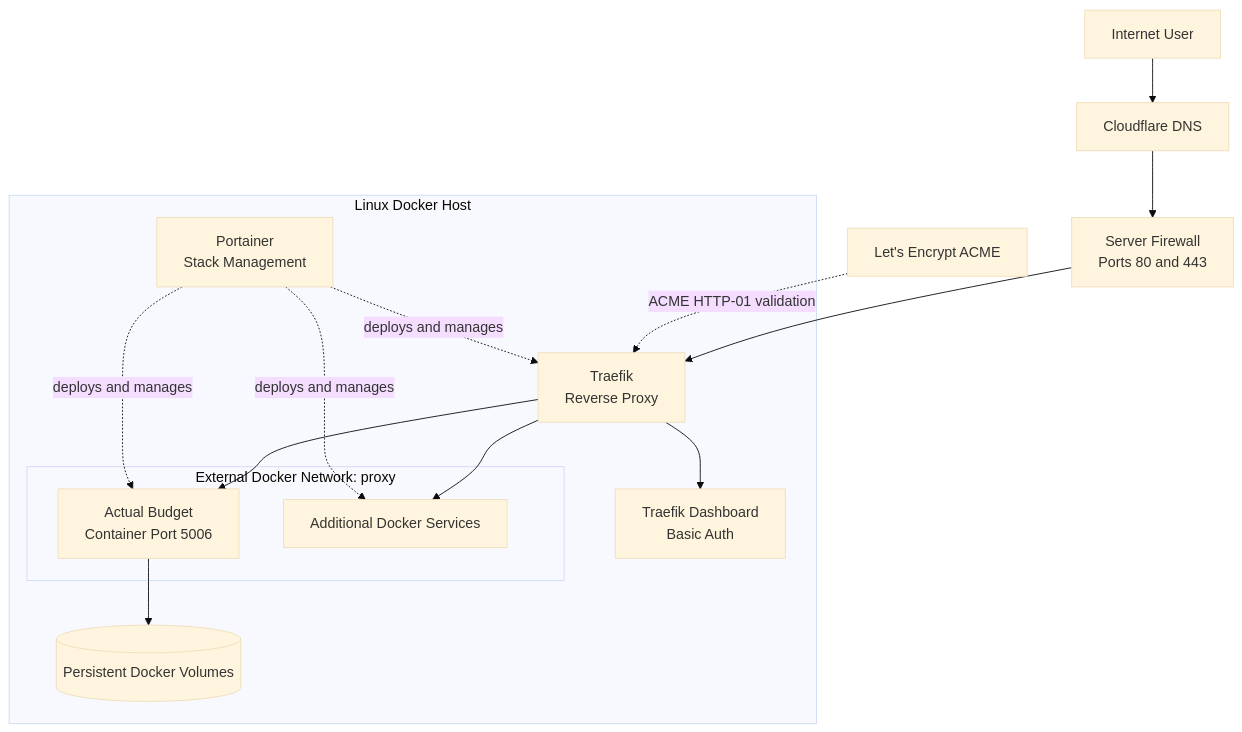
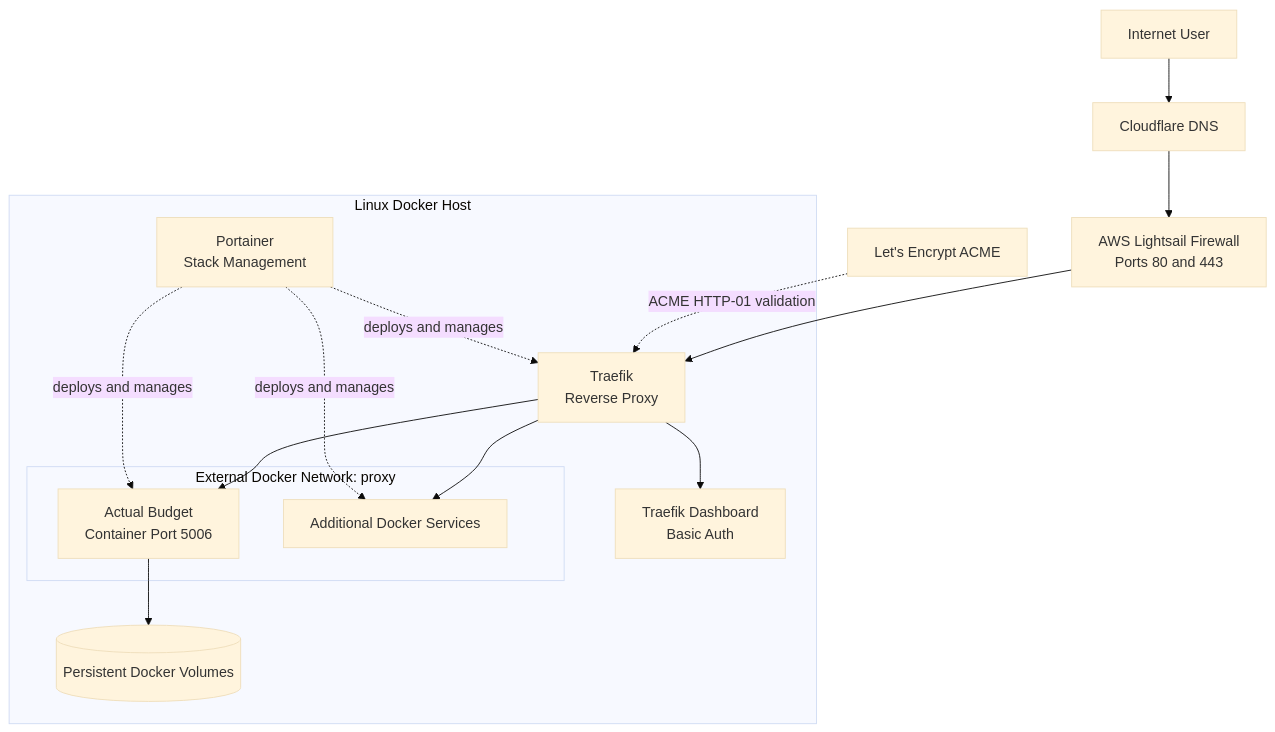
One commit to jacobamrine/homelab changed the diagram in README.md. Above: the diagram before and after it, drawn with Mermaid (base theme). The commit also changed other lines of this file, not shown here.

````diff
--- a/README.md
+++ b/README.md
@@ -24,36 +24,36 @@
 ```mermaid
 flowchart TB
     USER[Internet User]
     DNS[Cloudflare DNS]
-    FW[Server Firewall<br/>Ports 80 and 443]
+    FW[AWS Lightsail Firewall<br/>Ports 80 and 443]
     LE[Let's Encrypt ACME]
 
     subgraph HOST[Linux Docker Host]
         PORTAINER[Portainer<br/>Stack Management]
         TRAEFIK[Traefik<br/>Reverse Proxy]
         DASHBOARD[Traefik Dashboard<br/>Basic Auth]
 
         subgraph PROXY[External Docker Network: proxy]
             ACTUAL[Actual Budget<br/>Container Port 5006]
             APPS[Additional Docker Services]
         end
 
         VOLUMES[(Persistent Docker Volumes)]
     end
 
     USER --> DNS
     DNS --> FW
     FW --> TRAEFIK
 
     LE -. ACME HTTP-01 validation .-> TRAEFIK
 
     TRAEFIK --> ACTUAL
     TRAEFIK --> APPS
     TRAEFIK --> DASHBOARD
 
     ACTUAL --> VOLUMES
 
     PORTAINER -. deploys and manages .-> TRAEFIK
     PORTAINER -. deploys and manages .-> ACTUAL
     PORTAINER -. deploys and manages .-> APPS
 ```
````
